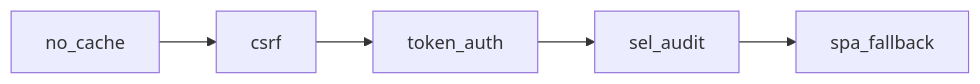
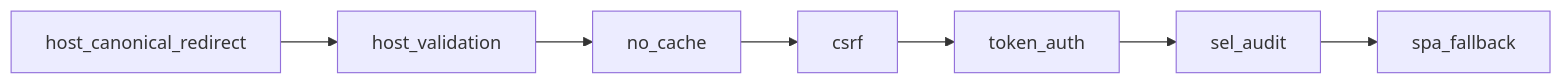
Before and after one commit to Arin016/KiroCrew: the second of 2 diagrams in docs/system-specs/features/dashboard-token-auth.md, drawn with Mermaid. The commit also changed other lines of this file and 193 other files, not shown here.

````diff
--- a/docs/system-specs/features/dashboard-token-auth.md
+++ b/docs/system-specs/features/dashboard-token-auth.md
@@ -58,4 +58,4 @@
 ```mermaid
 graph LR
-    A[no_cache] --> B[csrf] --> C[token_auth] --> D[sel_audit] --> E[spa_fallback]
+    A[host_canonical_redirect] --> B[host_validation] --> C[no_cache] --> D[csrf] --> E[token_auth] --> F[sel_audit] --> G[spa_fallback]
 ```
````
